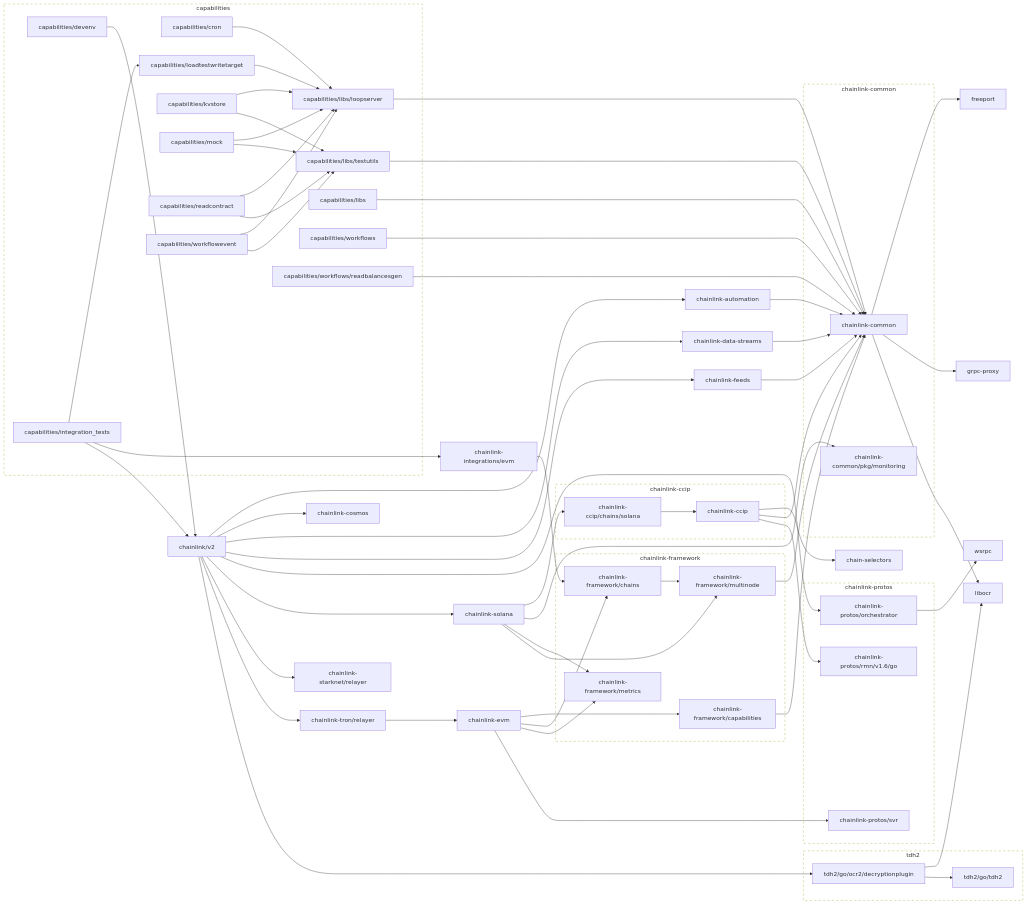
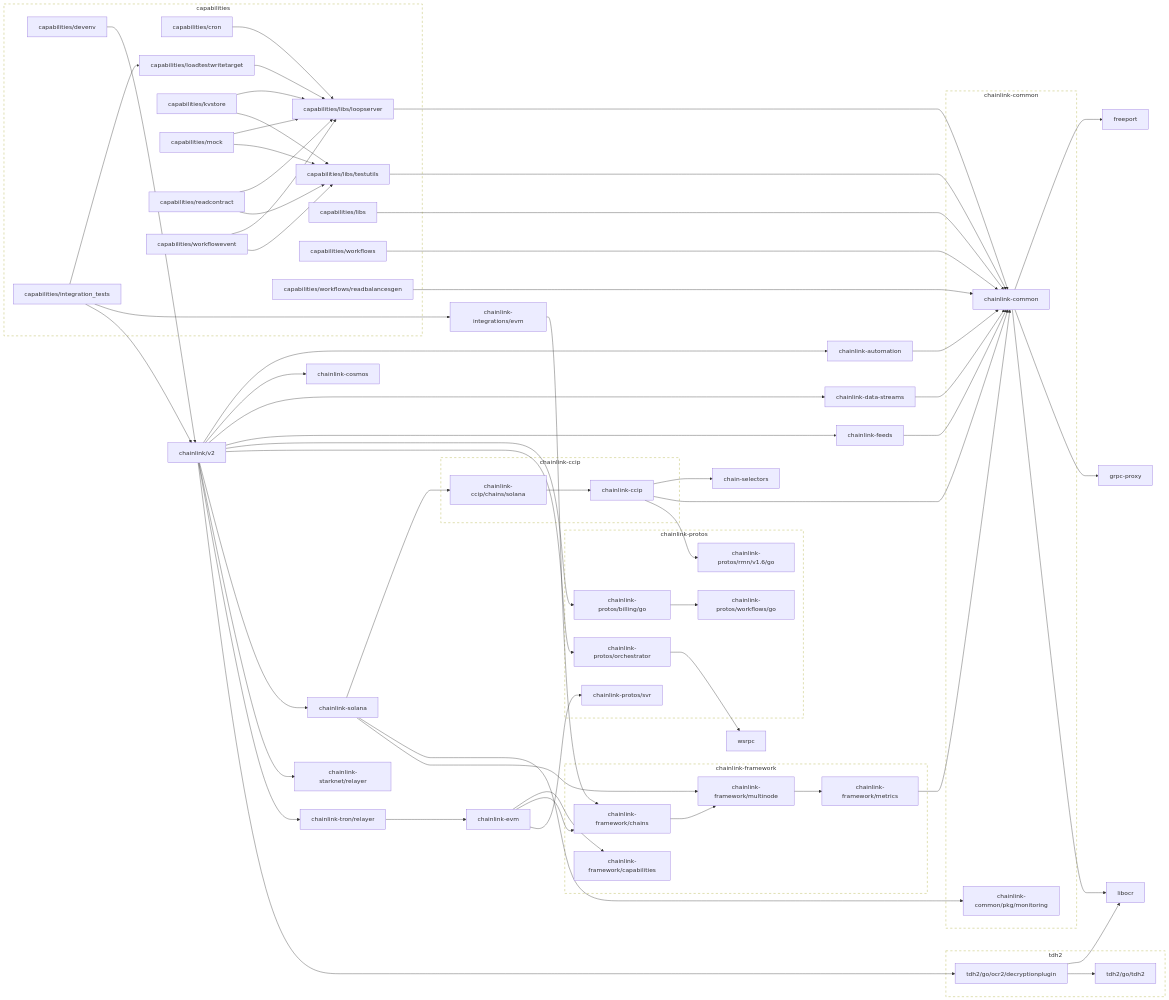
One commit to smartcontractkit/capabilities changed the diagram in go.md. Above: the diagram before and after it, drawn with Mermaid. The commit also changed 10 other files, not shown here.

```diff
--- a/go.md
+++ b/go.md
@@ -56,30 +56,32 @@
 	click chainlink-data-streams href "https://github.com/smartcontractkit/chainlink-data-streams"
 	chainlink-evm --> chainlink-framework/capabilities
 	chainlink-evm --> chainlink-framework/chains
-	chainlink-evm --> chainlink-framework/metrics
 	chainlink-evm --> chainlink-protos/svr
 	click chainlink-evm href "https://github.com/smartcontractkit/chainlink-evm"
 	chainlink-feeds --> chainlink-common
 	click chainlink-feeds href "https://github.com/smartcontractkit/chainlink-feeds"
-	chainlink-framework/capabilities --> chainlink-common
+	chainlink-framework/capabilities
 	click chainlink-framework/capabilities href "https://github.com/smartcontractkit/chainlink-framework"
 	chainlink-framework/chains --> chainlink-framework/multinode
 	click chainlink-framework/chains href "https://github.com/smartcontractkit/chainlink-framework"
-	chainlink-framework/metrics
+	chainlink-framework/metrics --> chainlink-common
 	click chainlink-framework/metrics href "https://github.com/smartcontractkit/chainlink-framework"
-	chainlink-framework/multinode --> chainlink-common
+	chainlink-framework/multinode --> chainlink-framework/metrics
 	click chainlink-framework/multinode href "https://github.com/smartcontractkit/chainlink-framework"
 	chainlink-integrations/evm --> chainlink-framework/chains
 	click chainlink-integrations/evm href "https://github.com/smartcontractkit/chainlink-integrations"
+	chainlink-protos/billing/go --> chainlink-protos/workflows/go
+	click chainlink-protos/billing/go href "https://github.com/smartcontractkit/chainlink-protos"
 	chainlink-protos/orchestrator --> wsrpc
 	click chainlink-protos/orchestrator href "https://github.com/smartcontractkit/chainlink-protos"
 	chainlink-protos/rmn/v1.6/go
 	click chainlink-protos/rmn/v1.6/go href "https://github.com/smartcontractkit/chainlink-protos"
 	chainlink-protos/svr
 	click chainlink-protos/svr href "https://github.com/smartcontractkit/chainlink-protos"
+	chainlink-protos/workflows/go
+	click chainlink-protos/workflows/go href "https://github.com/smartcontractkit/chainlink-protos"
 	chainlink-solana --> chainlink-ccip/chains/solana
 	chainlink-solana --> chainlink-common/pkg/monitoring
-	chainlink-solana --> chainlink-framework/metrics
 	chainlink-solana --> chainlink-framework/multinode
 	click chainlink-solana href "https://github.com/smartcontractkit/chainlink-solana"
 	chainlink-starknet/relayer
@@ -90,6 +92,7 @@
 	chainlink/v2 --> chainlink-cosmos
 	chainlink/v2 --> chainlink-data-streams
 	chainlink/v2 --> chainlink-feeds
+	chainlink/v2 --> chainlink-protos/billing/go
 	chainlink/v2 --> chainlink-protos/orchestrator
 	chainlink/v2 --> chainlink-solana
 	chainlink/v2 --> chainlink-starknet/relayer
@@ -148,9 +151,11 @@
 	click chainlink-framework-repo href "https://github.com/smartcontractkit/chainlink-framework"
 
 	subgraph chainlink-protos-repo[chainlink-protos]
+		 chainlink-protos/billing/go
 		 chainlink-protos/orchestrator
 		 chainlink-protos/rmn/v1.6/go
 		 chainlink-protos/svr
+		 chainlink-protos/workflows/go
 	end
 	click chainlink-protos-repo href "https://github.com/smartcontractkit/chainlink-protos"
 
```
